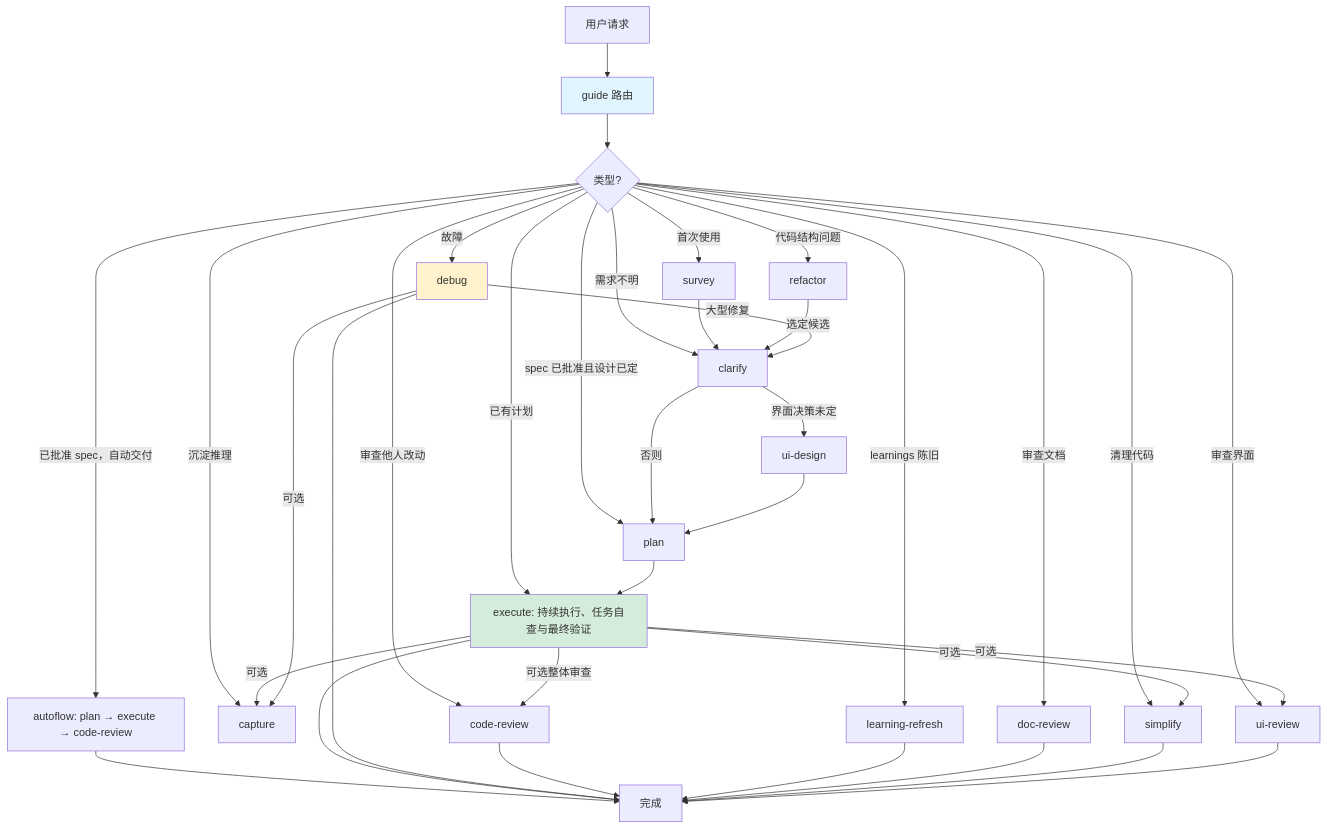
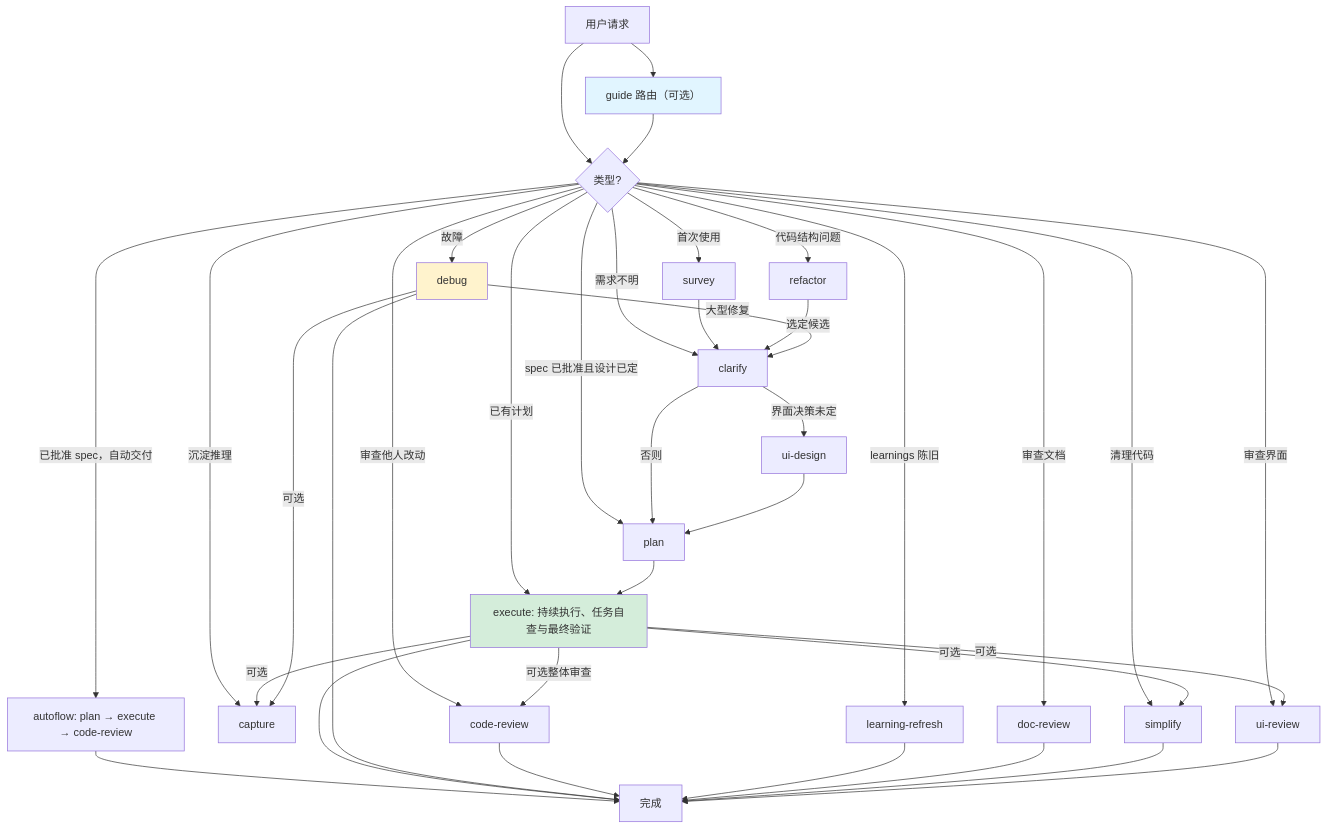
The diagram in README.md (iron6909/coding-skills), drawn with Mermaid before and after one commit. The commit also changed other lines of this file and 2 other files, not shown here.

````diff
--- a/README.md
+++ b/README.md
@@ -48,43 +53,44 @@
 ```mermaid
 graph TD
-    A[用户请求] --> B[guide 路由]
-    B --> C{类型?}
+    A[用户请求] --> B[guide 路由（可选）]
+    A --> C{类型?}
+    B --> C
     C -->|首次使用| D[survey]
     C -->|需求不明| E[clarify]
     C -->|spec 已批准且设计已定| F[plan]
     C -->|已有计划| G[execute: 持续执行、任务自查与最终验证]
     C -->|故障| H[debug]
     C -->|审查他人改动| I[code-review]
     C -->|代码结构问题| M[refactor]
     C -->|沉淀推理| N[capture]
     C -->|learnings 陈旧| O[learning-refresh]
     C -->|审查文档| P[doc-review]
     C -->|清理代码| Q[simplify]
     C -->|审查界面| S[ui-review]
     C -->|已批准 spec，自动交付| T[autoflow: plan → execute → code-review]
     T --> J
 
     D --> E
     E -->|界面决策未定| R[ui-design]
     E -->|否则| F
     R --> F
     F --> G
     G --> J[完成]
     G -->|可选整体审查| I
     H --> J
     I --> J
     M -->|选定候选| E
     H -->|大型修复| E
     G -->|可选| N
     H -->|可选| N
     G -->|可选| Q
     G -->|可选| S
     O --> J
     P --> J
     Q --> J
     S --> J
 
     style B fill:#e1f5ff
     style G fill:#d4edda
     style H fill:#fff3cd
 ```
````
